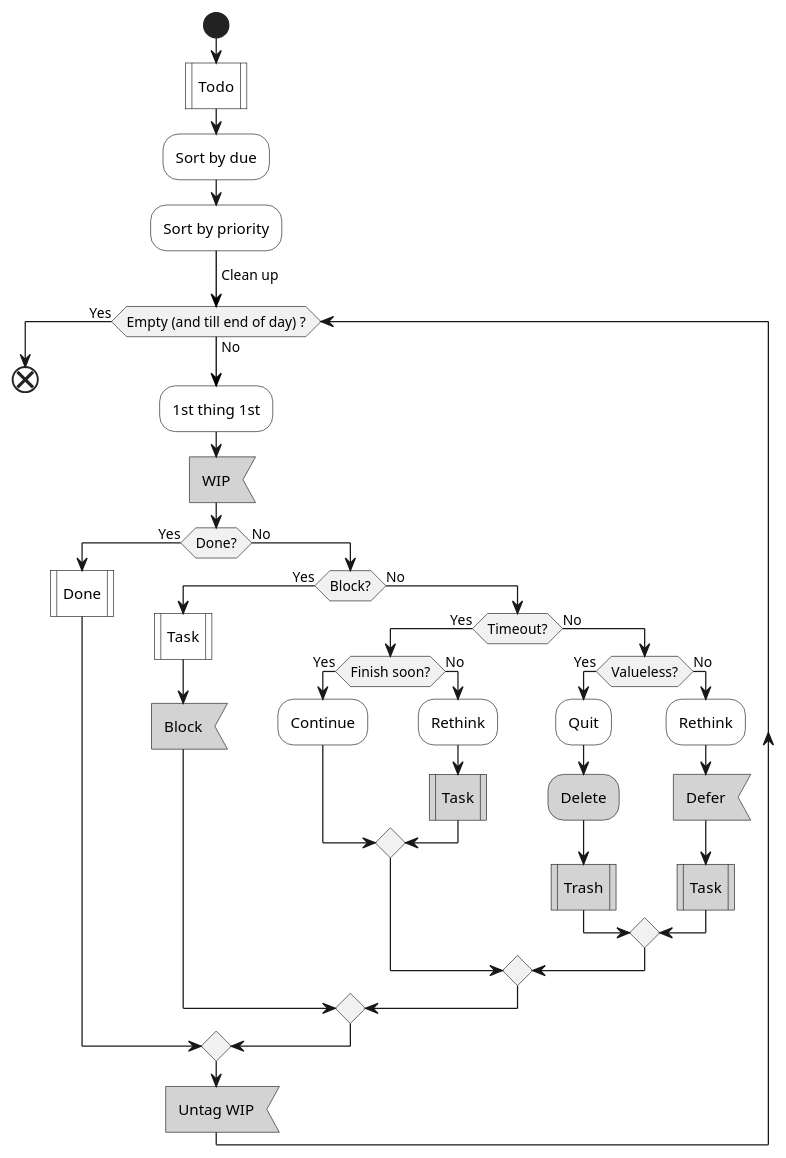
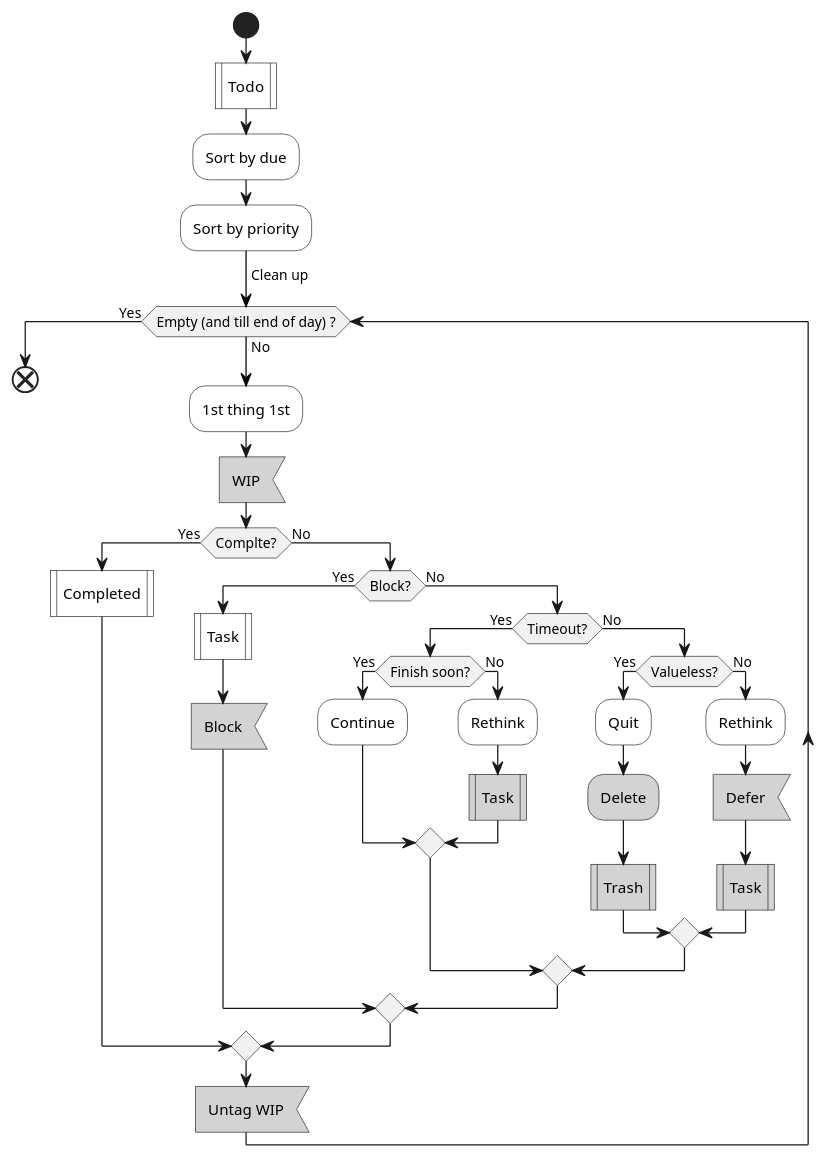
One commit to IceHe/icehe-lib changed the third of 4 diagrams in lifelogs/rehabilitation.md. Above: the diagram before and after it, drawn with PlantUML.

Commit message:
2020-12-18 22:29:29 Fri

````diff
--- a/lifelogs/rehabilitation.md
+++ b/lifelogs/rehabilitation.md
@@ -309,42 +309,42 @@
 ```plantuml
 @startuml
 start
 #white:Todo|
 #white:Sort by due;
 #white:Sort by priority;
 -[#black]-> Clean up;
 while (Empty (and till end of day) ?) is (No)
     #white:1st thing 1st;
     #lightGray:WIP<
-    if (Done?) then (Yes)
-        #white:Done|
+    if (Complte?) then (Yes)
+        #white:Completed|
     else (No)
         if (Block?) then (Yes)
             #white:Task|
             #lightGray:Block<
         else (No)
             if (Timeout?) then (Yes)
                 if (Finish soon?) then (Yes)
                     #white:Continue;
                 else (No)
                 #white:Rethink;
                 #lightGray:Task|
                 endif
             else (No)
                 if (Valueless?) then (Yes)
                     #white:Quit;
                     #lightGray:Delete;
                     #lightGray:Trash|
                 else (No)
                     #white:Rethink;
                     #lightGray:Defer<
                     #lightGray:Task|
                 endif
             endif
         endif
     endif
     #lightGray:Untag WIP<
 endwhile (Yes)
 end
 @enduml
 ```
````
